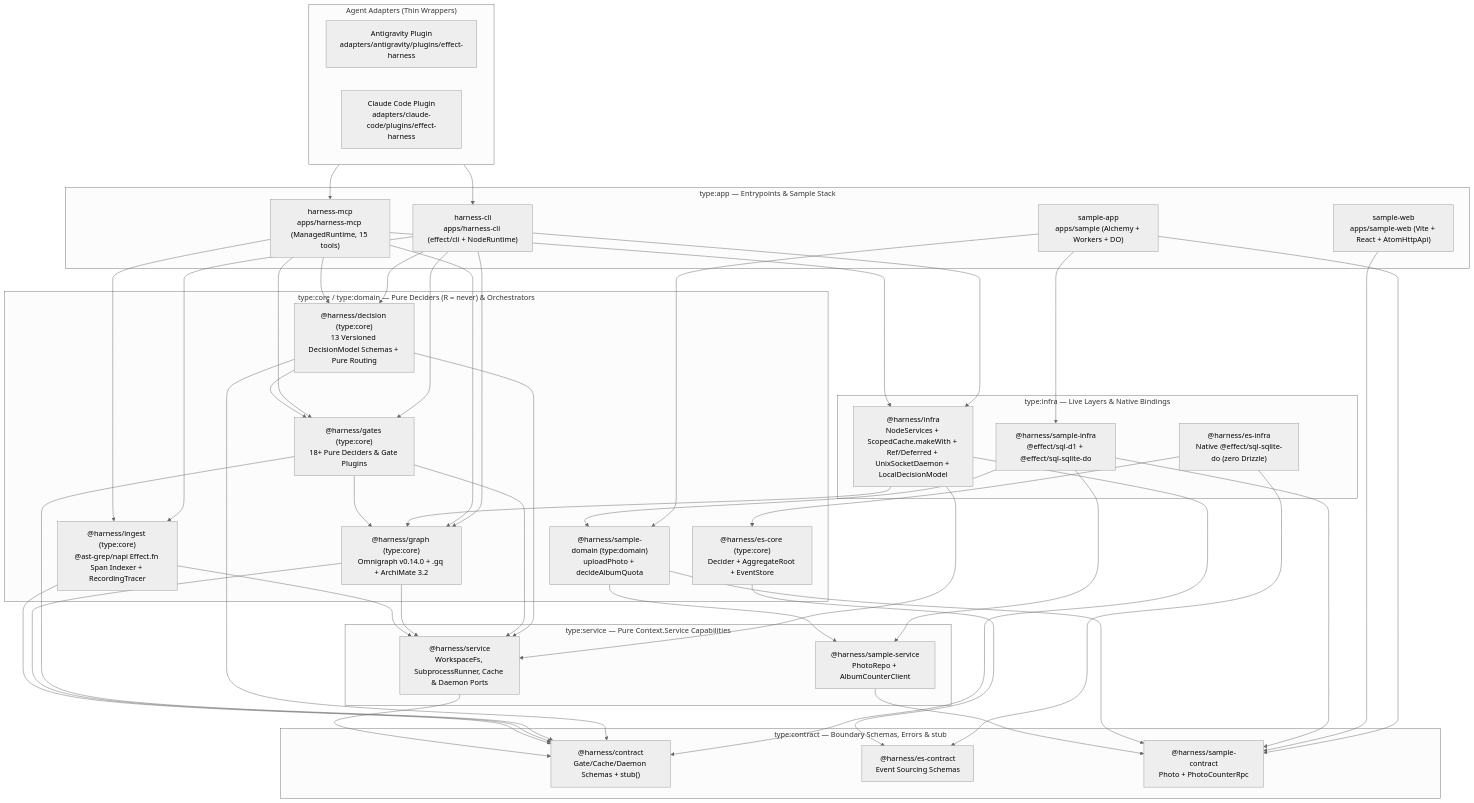
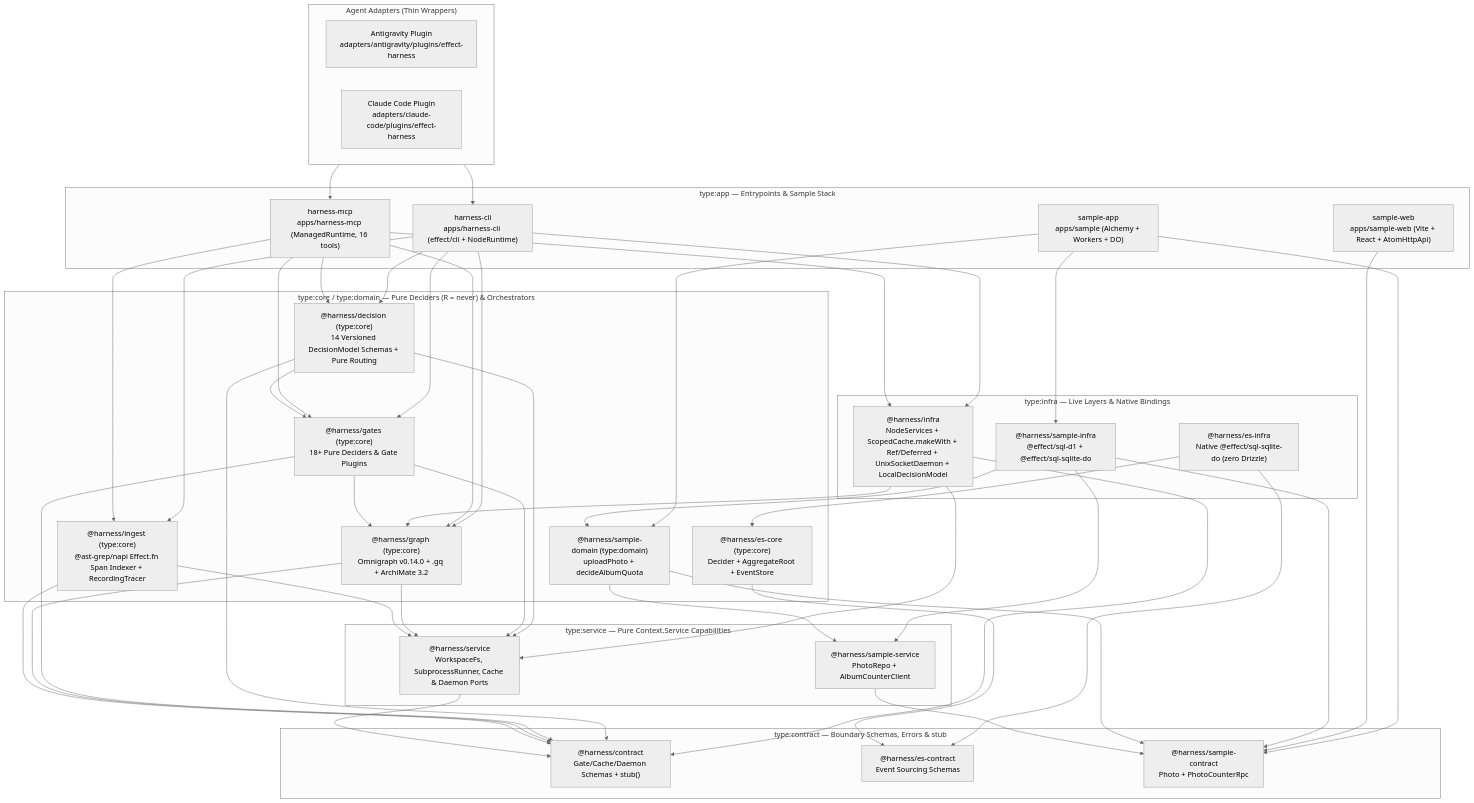
The first of 2 diagrams in README.md (selmeci/effect-ts-harness), drawn with Mermaid (neutral theme) before and after one commit. The commit also changed other lines of this file and 84 other files, not shown here.

````diff
--- a/README.md
+++ b/README.md
@@ -31,58 +31,58 @@
 ```mermaid
 flowchart TD
   subgraph Adapters["Agent Adapters (Thin Wrappers)"]
     AGY["Antigravity Plugin\nadapters/antigravity/plugins/effect-harness"]
     CC["Claude Code Plugin\nadapters/claude-code/plugins/effect-harness"]
   end
 
   subgraph Apps["type:app — Entrypoints & Sample Stack"]
     CLI["harness-cli\napps/harness-cli (effect/cli + NodeRuntime)"]
-    MCP["harness-mcp\napps/harness-mcp (ManagedRuntime, 15 tools)"]
+    MCP["harness-mcp\napps/harness-mcp (ManagedRuntime, 16 tools)"]
     SAMPLE["sample-app\napps/sample (Alchemy + Workers + DO)"]
     SAMPLE_WEB["sample-web\napps/sample-web (Vite + React + AtomHttpApi)"]
   end
 
   subgraph Infra["type:infra — Live Layers & Native Bindings"]
     HARNESS_INFRA["@harness/infra\nNodeServices + ScopedCache.makeWith + Ref/Deferred + UnixSocketDaemon + LocalDecisionModel"]
     ES_INFRA["@harness/es-infra\nNative @effect/sql-sqlite-do (zero Drizzle)"]
     SAMPLE_INFRA["@harness/sample-infra\n@effect/sql-d1 + @effect/sql-sqlite-do"]
   end
 
   subgraph CoreDomain["type:core / type:domain — Pure Deciders (R = never) & Orchestrators"]
     GATES["@harness/gates (type:core)\n18+ Pure Deciders & Gate Plugins"]
     GRAPH["@harness/graph (type:core)\nOmnigraph v0.14.0 + .gq + ArchiMate 3.2"]
     INGEST["@harness/ingest (type:core)\n@ast-grep/napi Effect.fn Span Indexer + RecordingTracer"]
-    DECISION["@harness/decision (type:core)\n13 Versioned DecisionModel Schemas + Pure Routing"]
+    DECISION["@harness/decision (type:core)\n14 Versioned DecisionModel Schemas + Pure Routing"]
     ES_CORE["@harness/es-core (type:core)\nDecider + AggregateRoot + EventStore"]
     SAMPLE_DOM["@harness/sample-domain (type:domain)\nuploadPhoto + decideAlbumQuota"]
   end
 
   subgraph Services["type:service — Pure Context.Service Capabilities"]
     HARNESS_SVC["@harness/service\nWorkspaceFs, SubprocessRunner, Cache & Daemon Ports"]
     SAMPLE_SVC["@harness/sample-service\nPhotoRepo + AlbumCounterClient"]
   end
 
   subgraph Contracts["type:contract — Boundary Schemas, Errors & stub"]
     HARNESS_CON["@harness/contract\nGate/Cache/Daemon Schemas + stub<A,E,R>()"]
     ES_CON["@harness/es-contract\nEvent Sourcing Schemas"]
     SAMPLE_CON["@harness/sample-contract\nPhoto + PhotoCounterRpc"]
   end
 
   Adapters --> CLI
   Adapters --> MCP
   CLI --> HARNESS_INFRA & DECISION & GATES & GRAPH & INGEST
   MCP --> HARNESS_INFRA & DECISION & GATES & GRAPH & INGEST
   HARNESS_INFRA --> GRAPH & HARNESS_SVC & HARNESS_CON
   DECISION --> GATES & HARNESS_SVC & HARNESS_CON
   GATES --> GRAPH & HARNESS_SVC & HARNESS_CON
   GRAPH --> HARNESS_SVC & HARNESS_CON
   INGEST --> HARNESS_SVC & HARNESS_CON
   HARNESS_SVC --> HARNESS_CON
   SAMPLE --> SAMPLE_INFRA & SAMPLE_DOM & SAMPLE_CON
   SAMPLE_WEB --> SAMPLE_CON
   SAMPLE_INFRA --> SAMPLE_DOM & SAMPLE_SVC & SAMPLE_CON
   SAMPLE_DOM --> SAMPLE_SVC & SAMPLE_CON
   SAMPLE_SVC --> SAMPLE_CON
   ES_INFRA --> ES_CORE & ES_CON
   ES_CORE --> ES_CON
 ```
````
